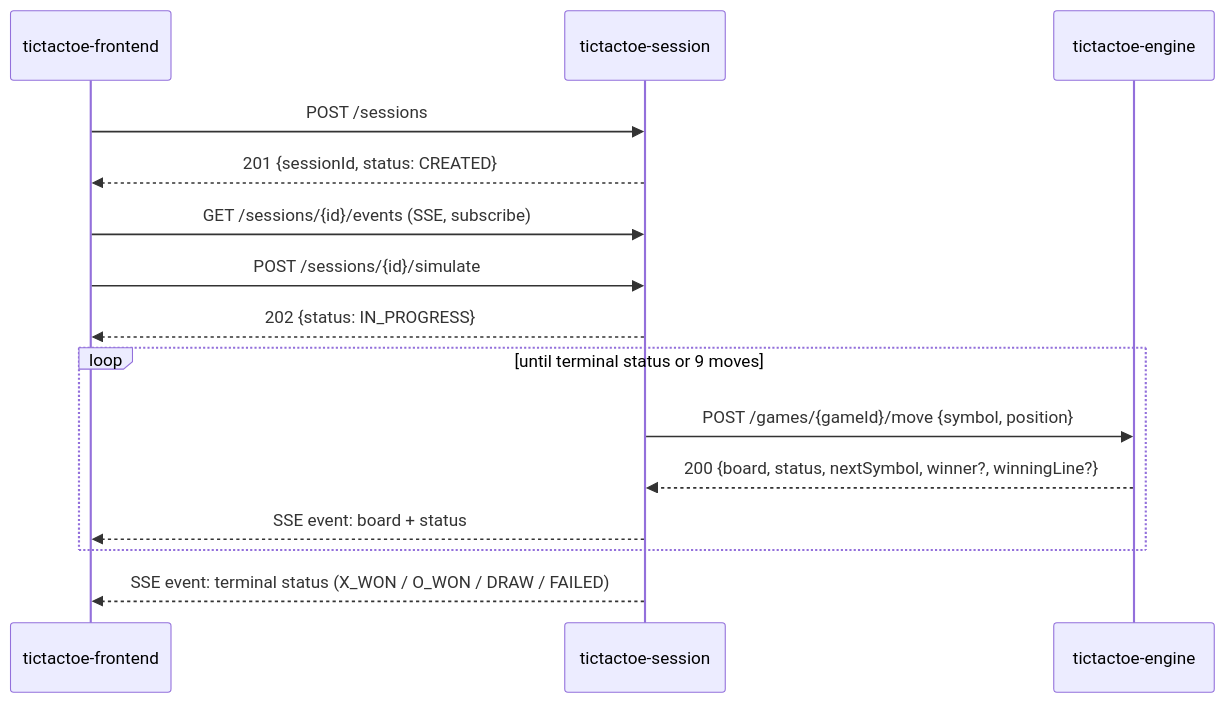
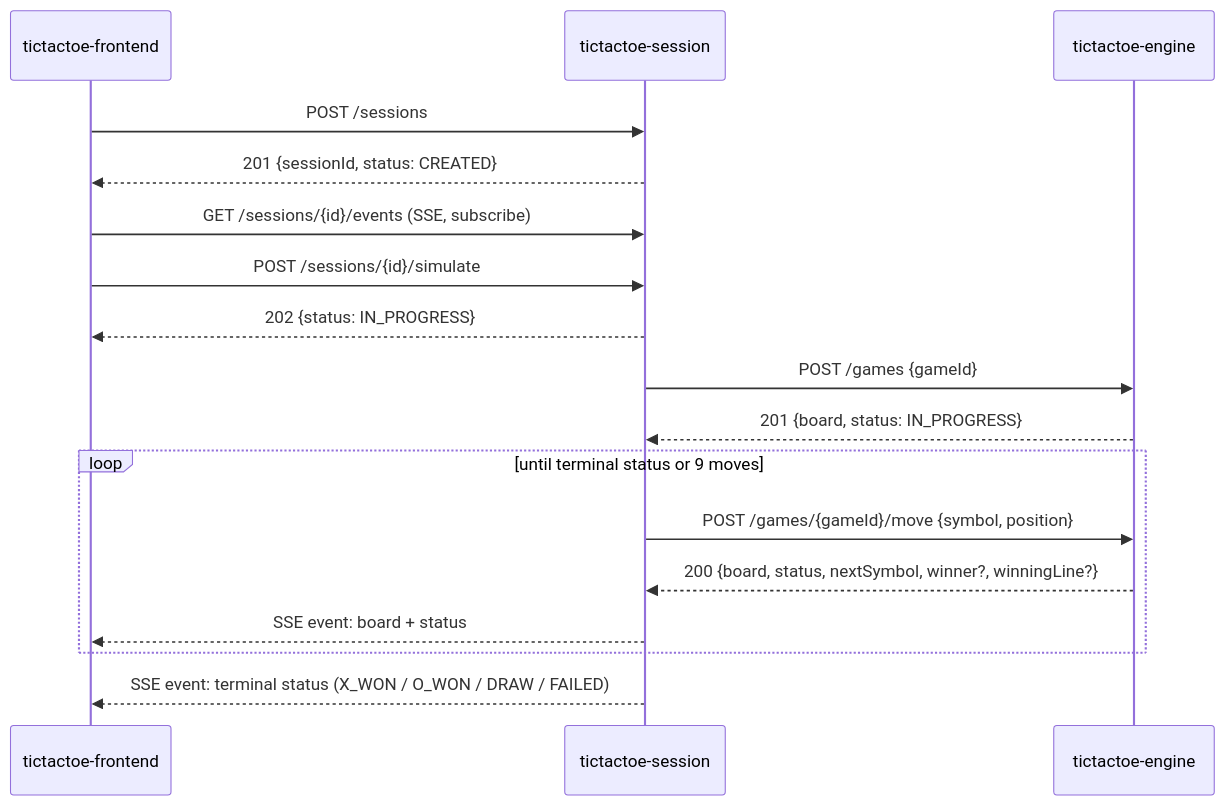
Before and after one commit to Dmitriy-G/tic_tac_tou: the diagram in docs/diagrams/simulate-sequence.mmd, drawn with Mermaid. The commit also changed 21 other files, not shown here.

```diff
--- a/docs/diagrams/simulate-sequence.mmd
+++ b/docs/diagrams/simulate-sequence.mmd
@@ -1,18 +1,20 @@
 sequenceDiagram
     participant UI as tictactoe-frontend
     participant Session as tictactoe-session
     participant Engine as tictactoe-engine
 
     UI->>Session: POST /sessions
     Session-->>UI: 201 {sessionId, status: CREATED}
     UI->>Session: GET /sessions/{id}/events (SSE, subscribe)
     UI->>Session: POST /sessions/{id}/simulate
     Session-->>UI: 202 {status: IN_PROGRESS}
+    Session->>Engine: POST /games {gameId}
+    Engine-->>Session: 201 {board, status: IN_PROGRESS}
 
     loop until terminal status or 9 moves
         Session->>Engine: POST /games/{gameId}/move {symbol, position}
         Engine-->>Session: 200 {board, status, nextSymbol, winner?, winningLine?}
         Session-->>UI: SSE event: board + status
     end
 
     Session-->>UI: SSE event: terminal status (X_WON / O_WON / DRAW / FAILED)
```
